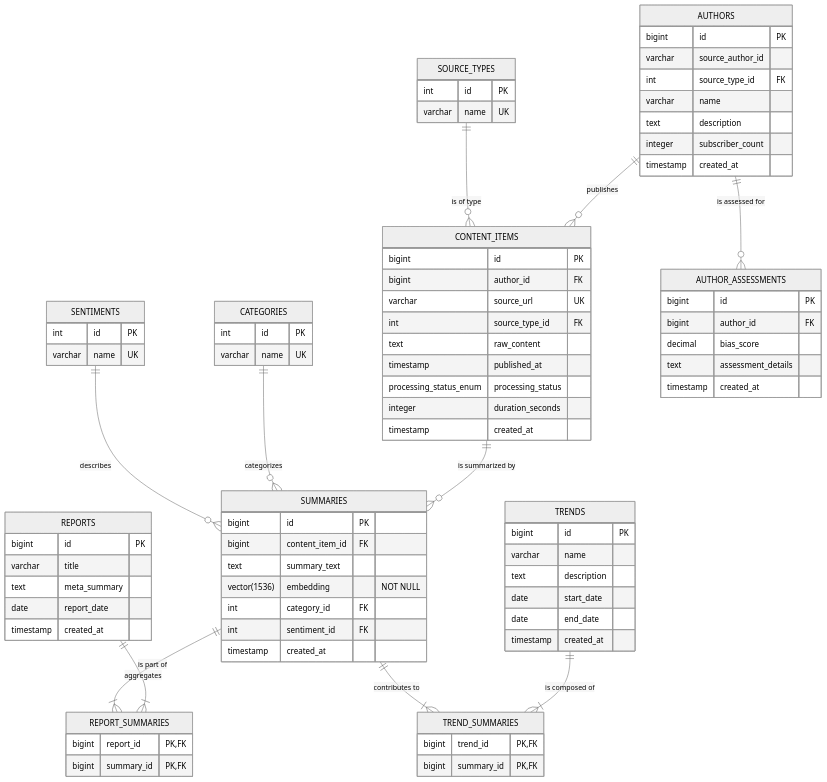
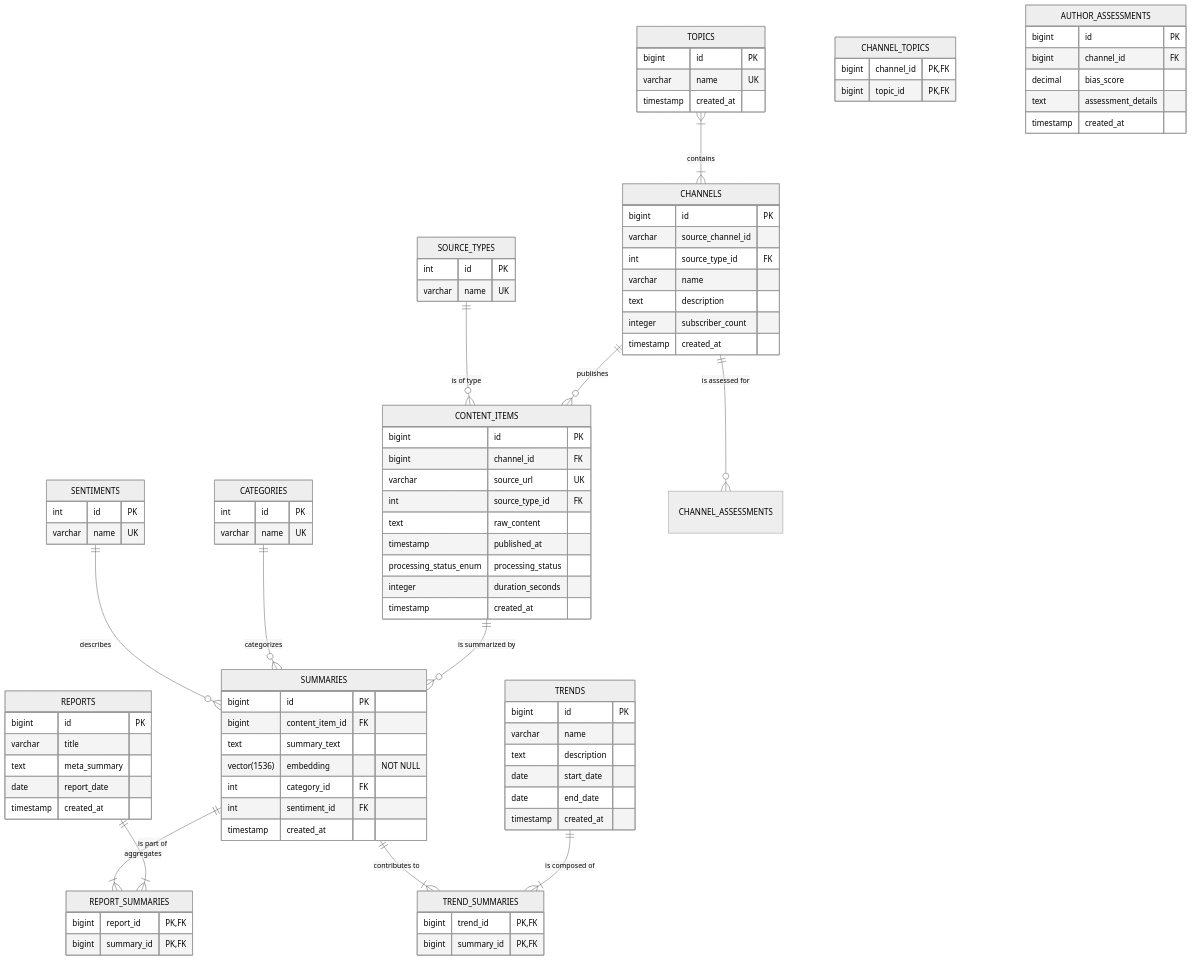
One commit to sjuresa/povzetkar changed the diagram in docs/sdlc/04_database_design.md. Above: the diagram before and after it, drawn with Mermaid (neutral theme). The commit also changed other lines of this file and 5 other files, not shown here.

````diff
--- a/docs/sdlc/04_database_design.md
+++ b/docs/sdlc/04_database_design.md
@@ -21,6 +21,6 @@
 ```mermaid
 erDiagram
-    AUTHORS ||--o{ CONTENT_ITEMS : "publishes"
+    CHANNELS ||--o{ CONTENT_ITEMS : "publishes"
     CONTENT_ITEMS ||--o{ SUMMARIES : "is summarized by"
     CATEGORIES ||--o{ SUMMARIES : "categorizes"
     SENTIMENTS ||--o{ SUMMARIES : "describes"
@@ -30,10 +30,18 @@
     SUMMARIES ||--|{ TREND_SUMMARIES : "contributes to"
     SOURCE_TYPES ||--o{ CONTENT_ITEMS : "is of type"
 
-    AUTHORS ||--o{ AUTHOR_ASSESSMENTS : "is assessed for"
-    AUTHORS {
+    CHANNELS ||--o{ CHANNEL_ASSESSMENTS : "is assessed for"
+    TOPICS }|--|{ CHANNELS : "contains"
+
+    TOPICS {
         bigint id PK
-        varchar source_author_id
+        varchar name UK
+        timestamp created_at
+    }
+
+    CHANNELS {
+        bigint id PK
+        varchar source_channel_id
         int source_type_id FK
         varchar name
         text description
@@ -43,7 +51,7 @@
 
     CONTENT_ITEMS {
         bigint id PK
-        bigint author_id FK
+        bigint channel_id FK
         varchar source_url UK
         int source_type_id FK
         text raw_content
@@ -80,7 +88,12 @@
         bigint report_id PK, FK
         bigint summary_id PK, FK
     }
-    
+
+    CHANNEL_TOPICS {
+        bigint channel_id PK, FK
+        bigint topic_id PK, FK
+    }
+
     SENTIMENTS {
         int id PK
         varchar name UK
@@ -107,7 +120,7 @@
 
     AUTHOR_ASSESSMENTS {
         bigint id PK
-        bigint author_id FK
+        bigint channel_id FK
         decimal bias_score
         text assessment_details
         timestamp created_at
````
